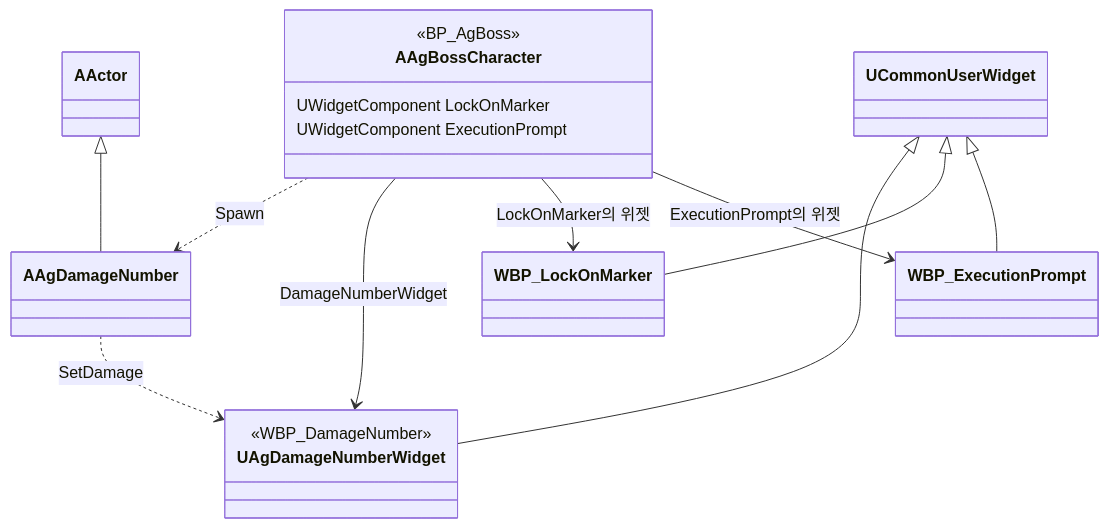
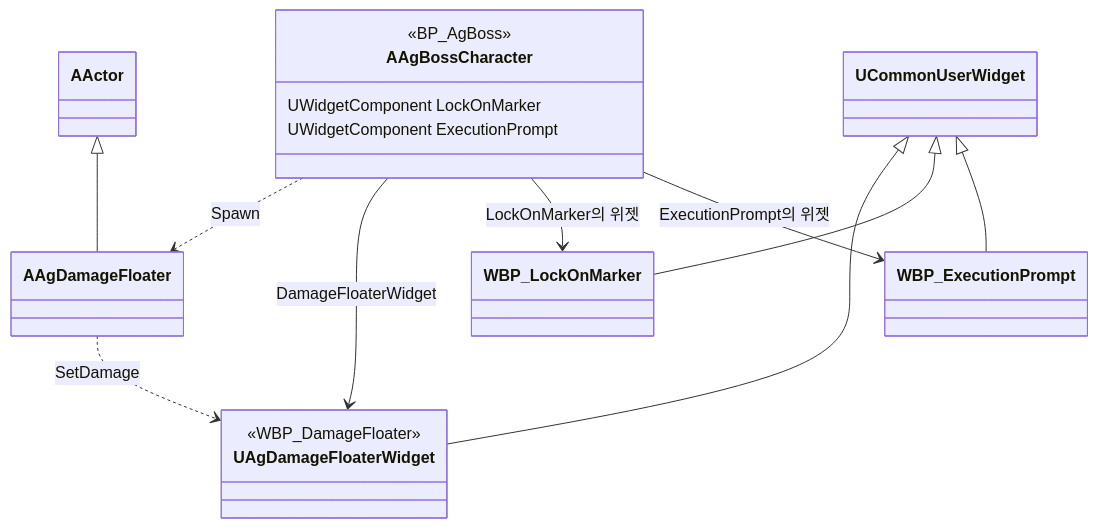
Diagram 16 of 20 in Docs/Program/클래스 구조도.md (Woogl/Ag), drawn with Mermaid before and after one commit. The commit also changed other lines of this file and 25 other files, not shown here.

````diff
--- a/Docs/Program/클래스 구조도.md
+++ b/Docs/Program/클래스 구조도.md
@@ -580,21 +580,21 @@
 ```mermaid
 classDiagram
     direction TB
     class AAgBossCharacter {
         <<BP_AgBoss>>
         UWidgetComponent LockOnMarker
         UWidgetComponent ExecutionPrompt
     }
-    class UAgDamageNumberWidget {
-        <<WBP_DamageNumber>>
+    class UAgDamageFloaterWidget {
+        <<WBP_DamageFloater>>
     }
-    AAgBossCharacter ..> AAgDamageNumber : Spawn
-    AActor <|-- AAgDamageNumber
-    AAgDamageNumber ..> UAgDamageNumberWidget : SetDamage
-    AAgBossCharacter --> UAgDamageNumberWidget : DamageNumberWidget
-    UCommonUserWidget <|-- UAgDamageNumberWidget
+    AAgBossCharacter ..> AAgDamageFloater : Spawn
+    AActor <|-- AAgDamageFloater
+    AAgDamageFloater ..> UAgDamageFloaterWidget : SetDamage
+    AAgBossCharacter --> UAgDamageFloaterWidget : DamageFloaterWidget
+    UCommonUserWidget <|-- UAgDamageFloaterWidget
     UCommonUserWidget <|-- WBP_LockOnMarker
     UCommonUserWidget <|-- WBP_ExecutionPrompt
     AAgBossCharacter --> WBP_LockOnMarker : LockOnMarker의 위젯
     AAgBossCharacter --> WBP_ExecutionPrompt : ExecutionPrompt의 위젯
 ```
````
